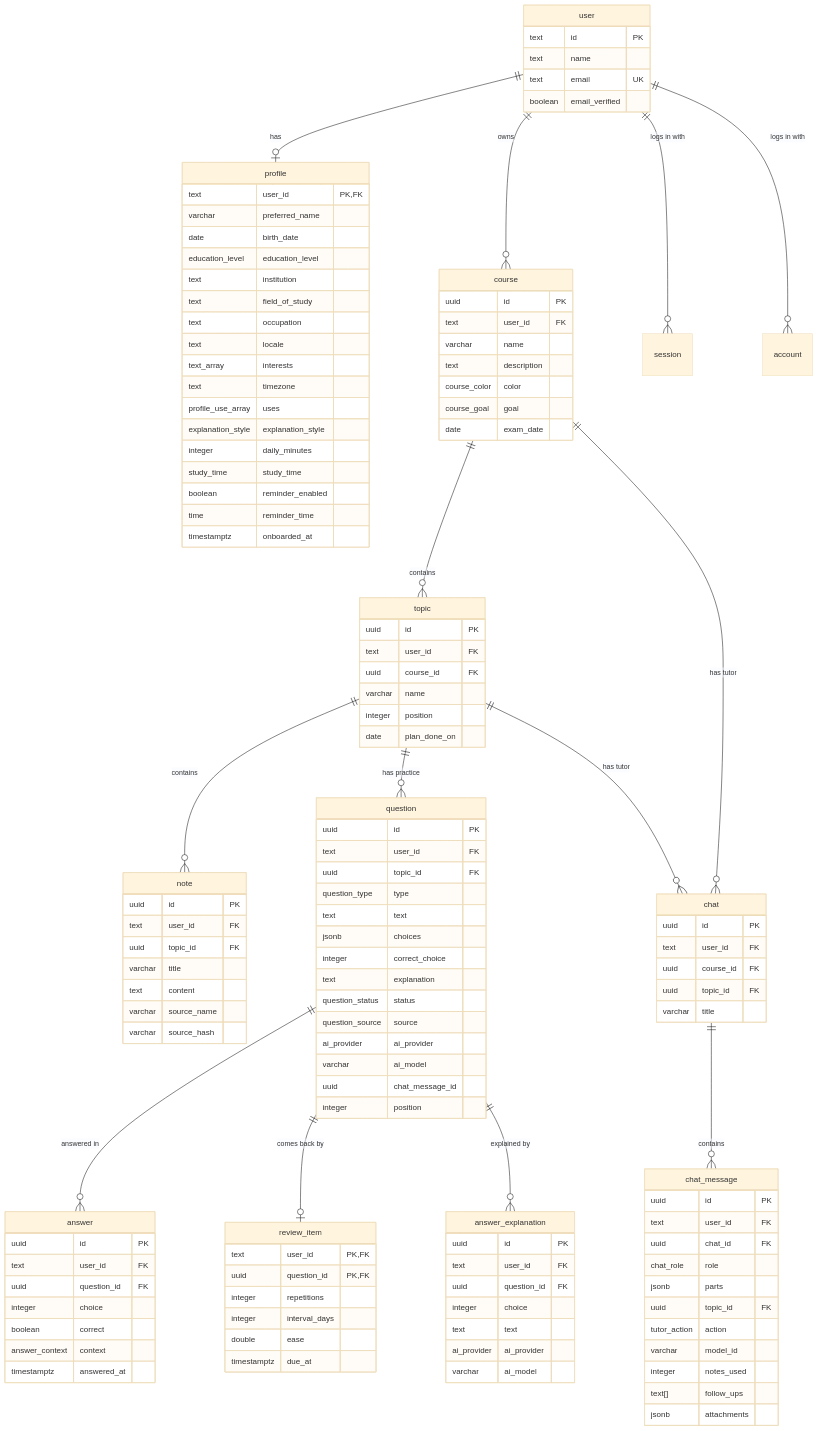
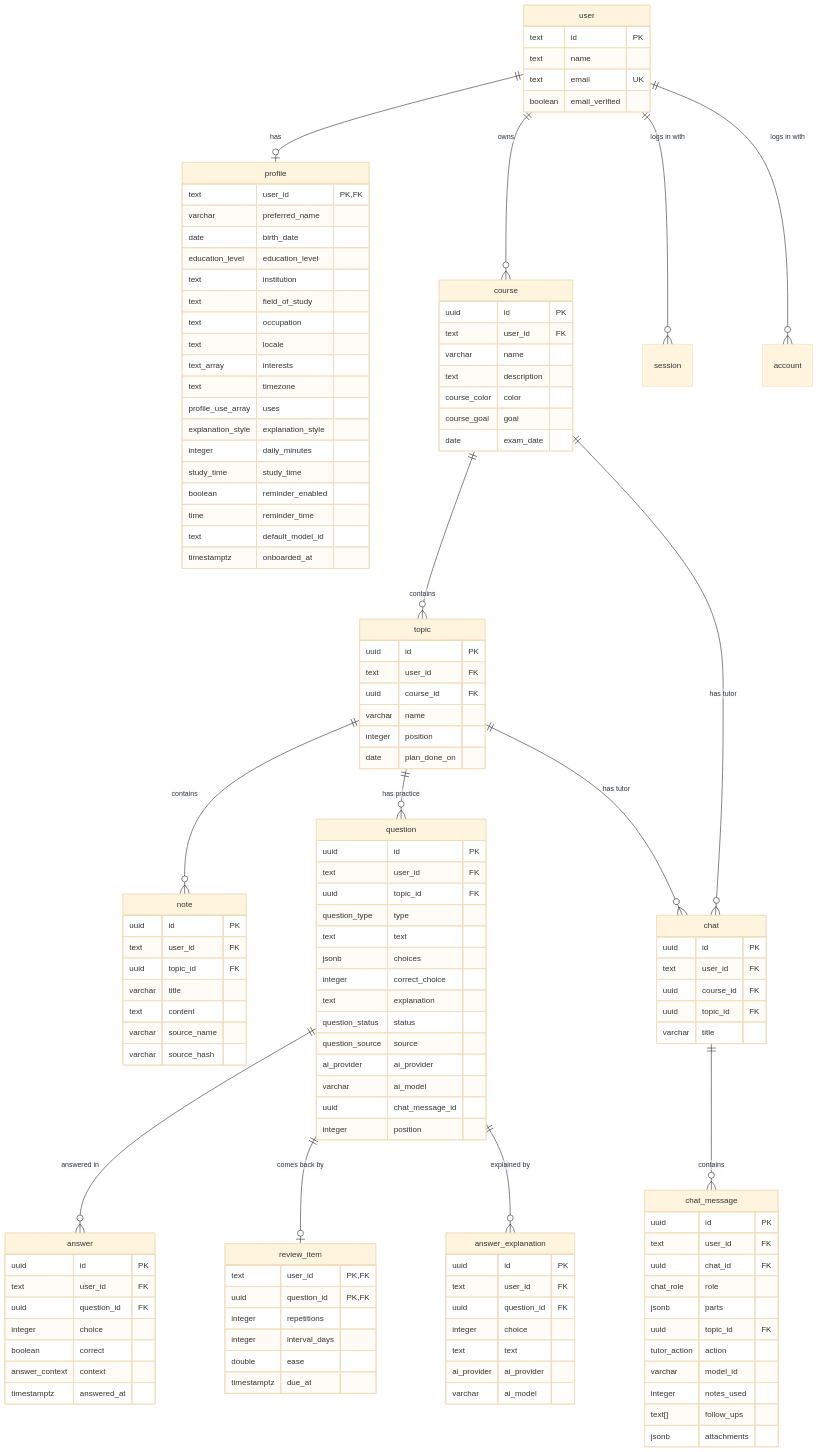
The diagram in docs/database.md (fyernald/orbi), drawn with Mermaid (base theme) before and after one commit. The commit also changed other lines of this file and 25 other files, not shown here.

Commit message:
feat: save the student's default model (#267)

```diff
--- a/docs/database.md
+++ b/docs/database.md
@@ -43,6 +43,7 @@
         study_time study_time
         boolean reminder_enabled
         time reminder_time
+        text default_model_id
         timestamptz onboarded_at
     }
     course {
```
